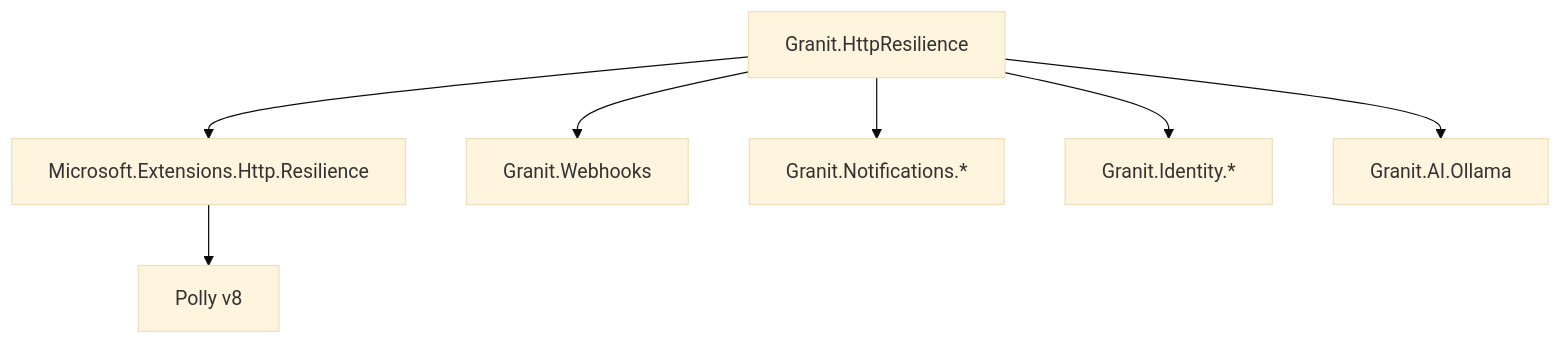
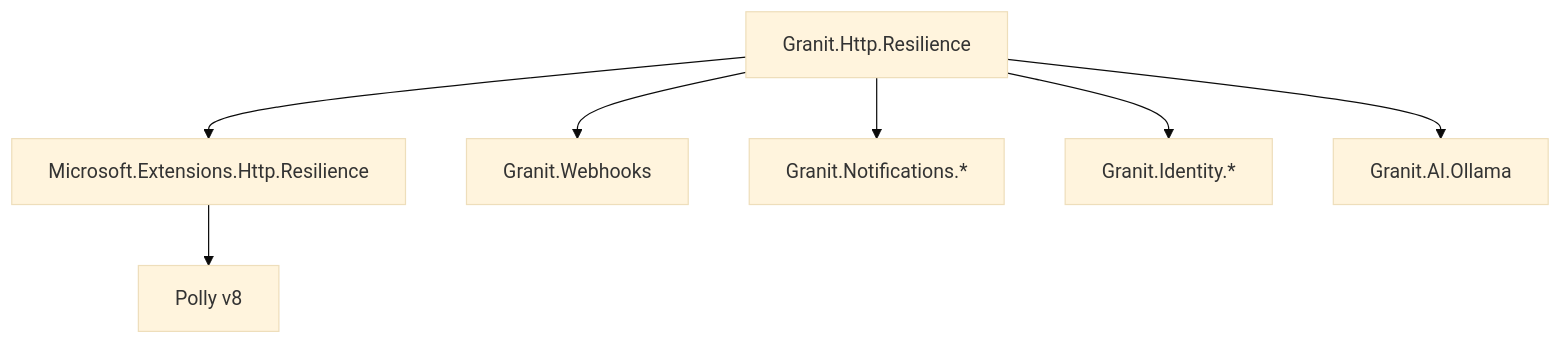
One commit to granit-fx/granit-dotnet changed the diagram in docs-site/src/content/docs/dotnet/api/http-resilience.mdx. Above: the diagram before and after it, drawn with Mermaid (base theme). The commit also changed other lines of this file and 45 other files, not shown here.

First line of the commit message:
refactor: rename Granit.ApiVersioning to Granit.Http.ApiVersioning

````diff
--- a/docs-site/src/content/docs/dotnet/api/http-resilience.mdx
+++ b/docs-site/src/content/docs/dotnet/api/http-resilience.mdx
@@ -99,9 +99,9 @@
 ```mermaid
 graph TD
-    GHR[Granit.HttpResilience] --> MEHR[Microsoft.Extensions.Http.Resilience]
+    GHR[Granit.Http.Resilience] --> MEHR[Microsoft.Extensions.Http.Resilience]
     MEHR --> POLLY[Polly v8]
     GHR --> WEBHOOKS[Granit.Webhooks]
     GHR --> NOTIF[Granit.Notifications.*]
     GHR --> IDENTITY[Granit.Identity.*]
     GHR --> AI[Granit.AI.Ollama]
 ```
````
